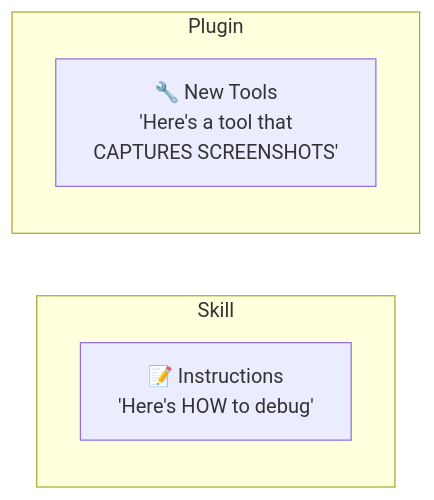
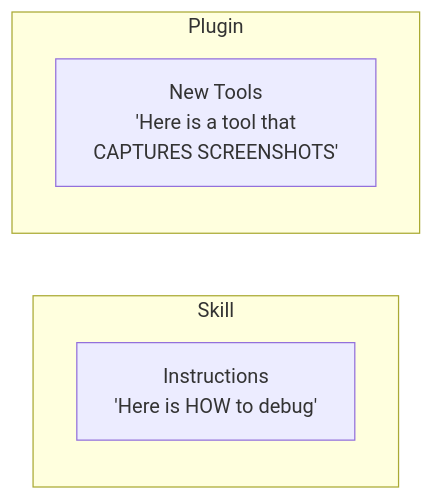
Before and after one commit to 2kages/agent-learning: the sixth of 11 diagrams in progressive-discovery.md, drawn with Mermaid. The commit also changed other lines of this file and 2 other files, not shown here.

````diff
--- a/progressive-discovery.md
+++ b/progressive-discovery.md
@@ -152,11 +217,10 @@
 ```mermaid
 flowchart LR
     subgraph SKILL ["Skill"]
-        S["📝 Instructions<br/>'Here's HOW to debug'"]
+        S["Instructions<br/>'Here is HOW to debug'"]
     end
 
     subgraph PLUGIN ["Plugin"]
-        P["🔧 New Tools<br/>'Here's a tool that<br/>CAPTURES SCREENSHOTS'"]
+        P["New Tools<br/>'Here is a tool that<br/>CAPTURES SCREENSHOTS'"]
     end
-
 ```
````
